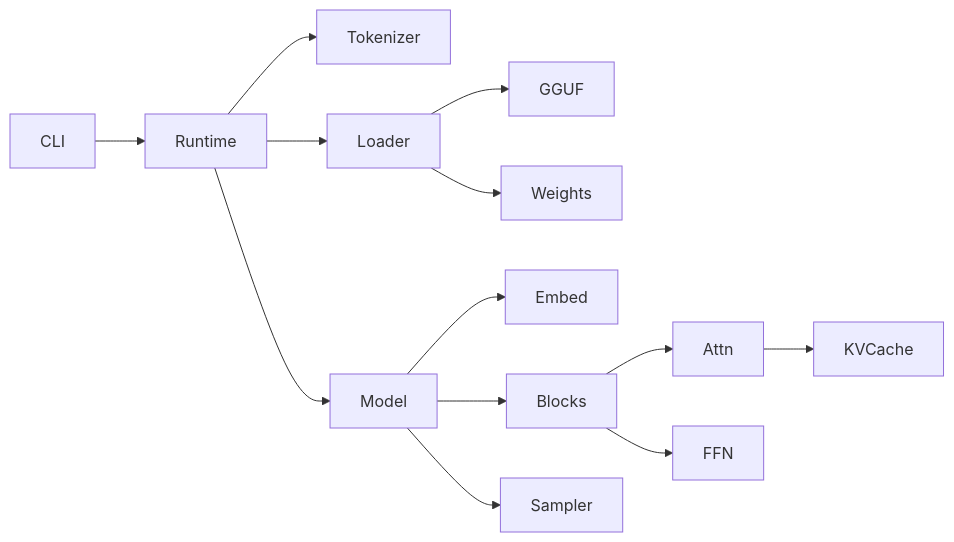
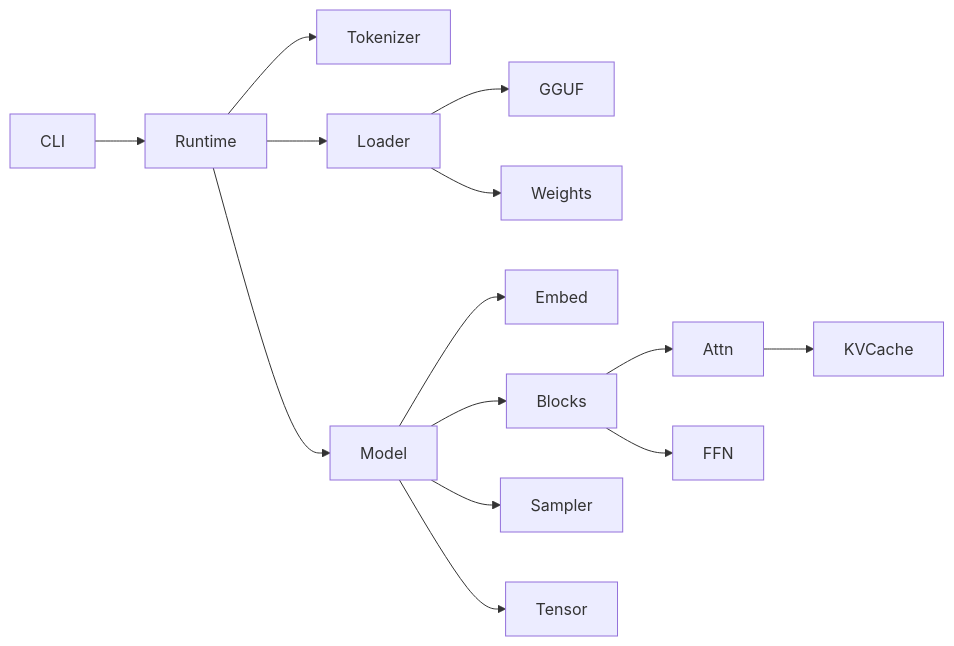
Before and after one commit to 404khai/phalanx: the second of 2 diagrams in docs/architecture.md, drawn with Mermaid. The commit also changed other lines of this file and 16 other files, not shown here.

````diff
--- a/docs/architecture.md
+++ b/docs/architecture.md
@@ -48,15 +81,16 @@
 ```mermaid
 flowchart LR
     CLI --> Runtime
     Runtime --> Tokenizer
     Runtime --> Loader
     Loader --> GGUF
     Loader --> Weights
     Runtime --> Model
     Model --> Embed
     Model --> Blocks
     Blocks --> Attn
     Blocks --> FFN
     Attn --> KVCache
     Model --> Sampler
+    Model --> Tensor
 ```
````
